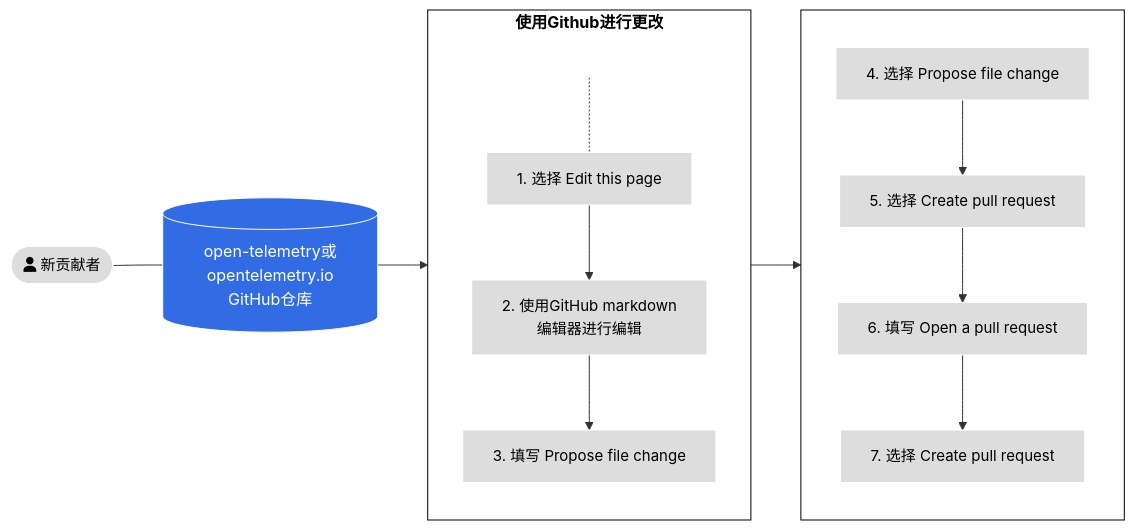
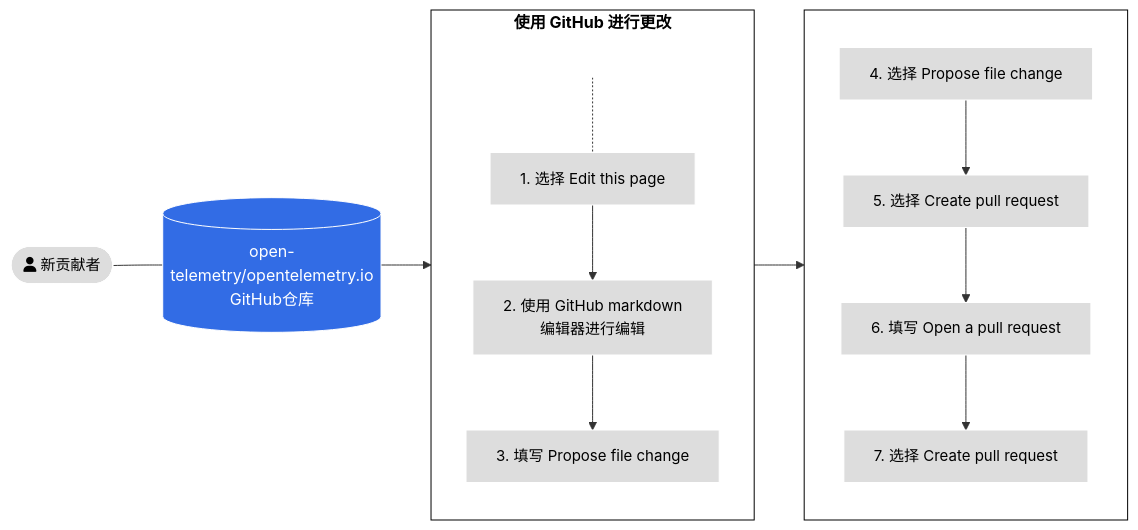
One commit to open-telemetry/opentelemetry.io changed the second of 4 diagrams in content/zh/docs/contributing/_index.md. Above: the diagram before and after it, drawn with Mermaid. The commit also changed other lines of this file, not shown here.

````diff
--- a/content/zh/docs/contributing/_index.md
+++ b/content/zh/docs/contributing/_index.md
@@ -76,27 +76,27 @@
 ```mermaid
 flowchart LR
-A([fa:fa-user 新贡献者]) --- id1[(open-telemetry或opentelemetry.io<br>GitHub仓库)]
-subgraph tasks[使用Github进行更改]
+A([fa:fa-user 新贡献者]) --- id1[(open-telemetry/opentelemetry.io<br>GitHub仓库)]
+subgraph tasks[使用 GitHub 进行更改]
 direction TB
     0[ ] -.-
-    1[1. 选择 Edit this page] --> 2[2. 使用GitHub markdown<br>编辑器进行编辑]
+    1[1. 选择 Edit this page] --> 2[2. 使用 GitHub markdown<br>编辑器进行编辑]
     2 --> 3[3. 填写 Propose file change]
 
 end
 subgraph tasks2[ ]
 direction TB
 4[4. 选择 Propose file change] --> 5[5. 选择 Create pull request] --> 6[6. 填写 Open a pull request]
 6 --> 7[7. 选择 Create pull request]
 end
 
 id1 --> tasks --> tasks2
 
 classDef grey fill:#dddddd,stroke:#ffffff,stroke-width:px,color:#000000, font-size:15px;
 classDef white fill:#ffffff,stroke:#000,stroke-width:px,color:#000,font-weight:bold
 classDef k8s fill:#326ce5,stroke:#fff,stroke-width:1px,color:#fff;
 classDef spacewhite fill:#ffffff,stroke:#fff,stroke-width:0px,color:#000
 class A,1,2,3,4,5,6,7 grey
 class 0 spacewhite
 class tasks,tasks2 white
 class id1 k8s
 ```
````
